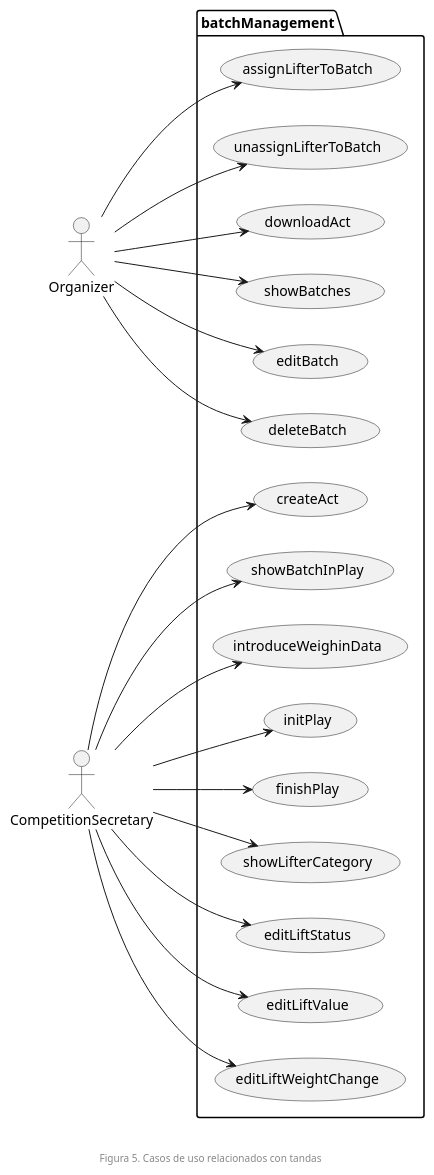
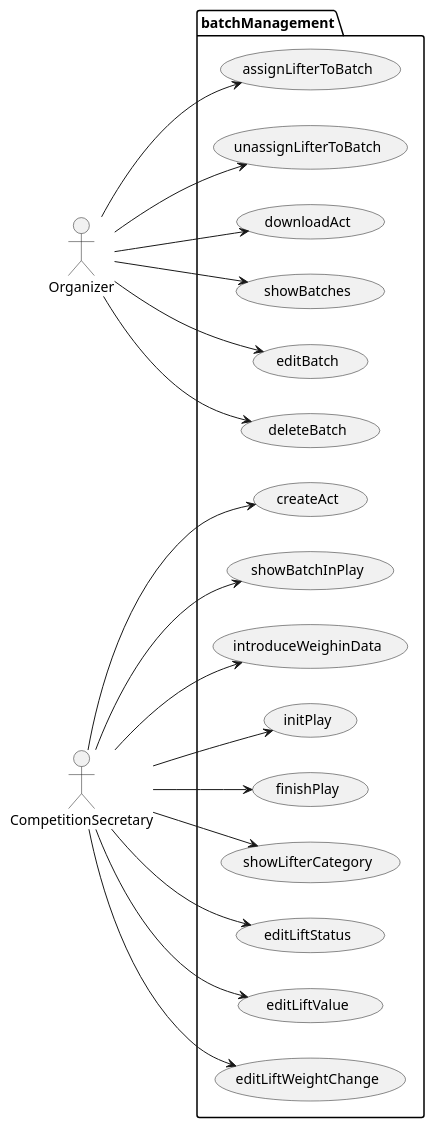
Before and after one commit to zuldare/mastercloud_pfm_halterocms: the diagram in documentation/diagrams/1_requirements/1_usecases/batchesBureaucrazy.puml, drawn with PlantUML. The commit also changed 13 other files, not shown here.

Commit message:
Update diagrams

```diff
--- a/documentation/diagrams/1_requirements/1_usecases/batchesBureaucrazy.puml
+++ b/documentation/diagrams/1_requirements/1_usecases/batchesBureaucrazy.puml
@@ -1,44 +1,43 @@
 @startuml
 left to right direction
 package batchManagement {
   usecase showBatches
   usecase editBatch
 
   usecase deleteBatch
   usecase assignLifterToBatch
   usecase unassignLifterToBatch
 
   usecase showLifterCategory
   usecase editLiftStatus
   usecase editLiftValue
 
   usecase editLiftWeightChange
   usecase createAct
   usecase downloadAct
   usecase introduceWeighinData
 
   usecase initPlay
   usecase finishPlay
   usecase showBatchInPlay
 }
 
 Organizer --> showBatches
 Organizer --> editBatch
 Organizer --> assignLifterToBatch
 Organizer --> unassignLifterToBatch
 Organizer --> deleteBatch
 Organizer --> downloadAct
 
 CompetitionSecretary --> introduceWeighinData
 CompetitionSecretary --> editLiftStatus
 CompetitionSecretary --> editLiftValue
 CompetitionSecretary --> showBatchInPlay
 CompetitionSecretary --> createAct
 CompetitionSecretary --> editLiftWeightChange
 CompetitionSecretary --> showLifterCategory
 CompetitionSecretary --> initPlay
 CompetitionSecretary --> finishPlay
 
-footer \n\nFigura 5. Casos de uso relacionados con tandas
 
 @enduml
```
